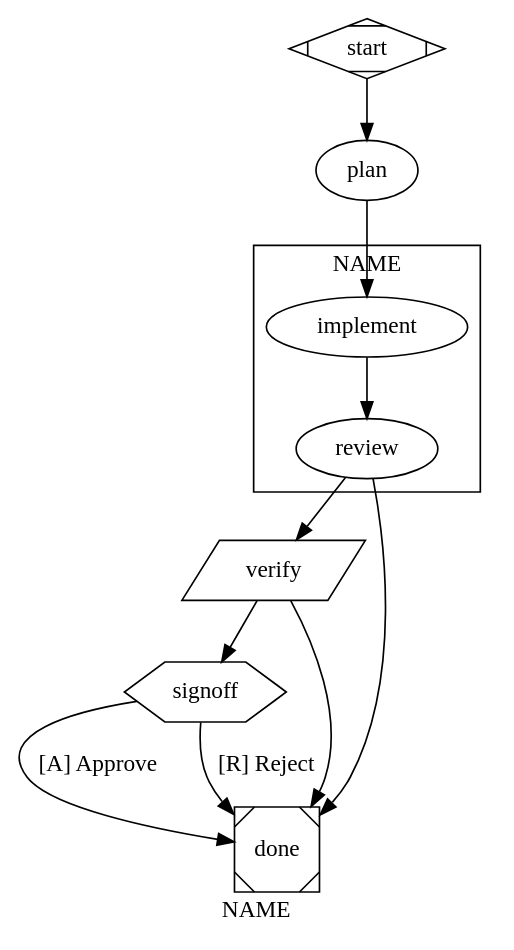
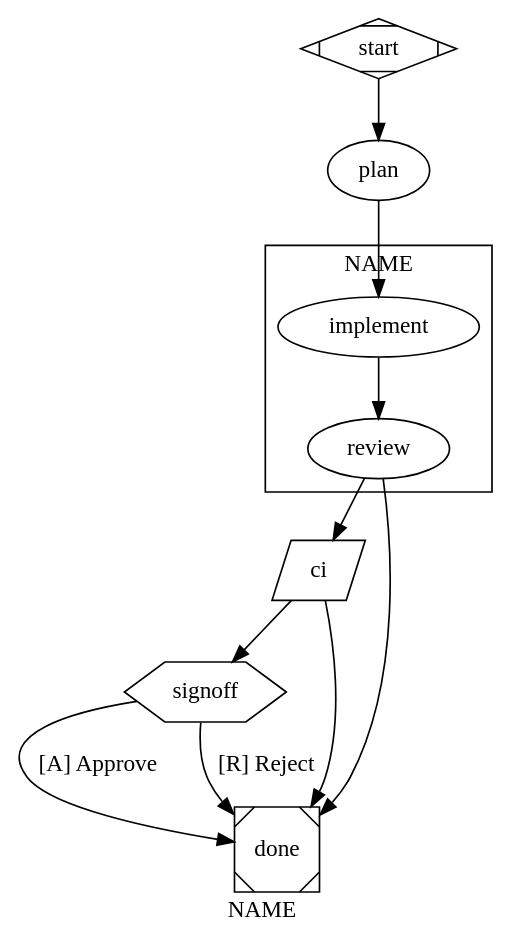
The tenth of 10 diagrams in .agents/skills/swarm-author/SKILL.md (purrgrammer/fragua), drawn with Graphviz before and after one commit. The commit also changed other lines of this file, not shown here.

````diff
--- a/.agents/skills/swarm-author/SKILL.md
+++ b/.agents/skills/swarm-author/SKILL.md
@@ -444,51 +529,47 @@
 ```dot
 digraph NAME {
   graph [
     goal                  = "…"
     label                 = "NAME"
-    default_fidelity      = "compact"
     max_goal_gate_retries = 2
   ]
 
   start [shape=Mdiamond]
 
-  # Codergen — one LLM turn.
   plan [
     prompt        = "… $ARGUMENTS."
     allowed_tools = "read, bash"
     context_files = "AGENTS.md"
   ]
 
-  # Subgraph: shared thread + derived class for stylesheet (see references/advanced-attrs.md).
   subgraph cluster_review {
     implement [
-      prompt        = "Implement $plan.output. …"
+      prompt        = "Implement <task>. End with a PLAN_REALISED block."
       allowed_tools = "read, write, edit, bash"
       thread_id     = "dev"
     ]
     review [
-      prompt       = "Judge the diff. APPROVE, or call `abort` with reason `REJECT: …`."
-      goal_gate    = true                 # workflow-level retry §8
+      prompt       = "Judge the diff against PLAN_REALISED and `git diff HEAD`. APPROVE, or `abort` with `REJECT: …`."
+      thread_id    = "dev"
+      goal_gate    = true
       retry_target = "implement"
     ]
   }
 
-  # Tool — shell step.
-  verify [shape=parallelogram, tool_command="bun run ci"]
+  ci [shape=parallelogram, tool_command="bun run ci", max_retries=5]
 
-  # Wait.human — structured HITL: route by edge label.
   signoff [shape=hexagon, prompt="Approve to ship, or reject."]
 
   done [shape=Msquare]
 
   start -> plan -> implement -> review
 
-  review -> done   [condition="outcome=fail"]    # goal-gate retargets to implement
-  review -> verify
+  review -> done [condition="outcome=fail"]
+  review -> ci
 
-  verify -> signoff [condition="outcome=success"]
-  verify -> done    [condition="outcome=fail"]
-  signoff -> done   [label="[A] Approve"]
-  signoff -> done   [label="[R] Reject"]
+  ci -> signoff [condition="outcome=success"]
+  ci -> done    [condition="outcome=fail"]
+  signoff -> done [label="[A] Approve"]
+  signoff -> done [label="[R] Reject"]
 }
 ```
````
